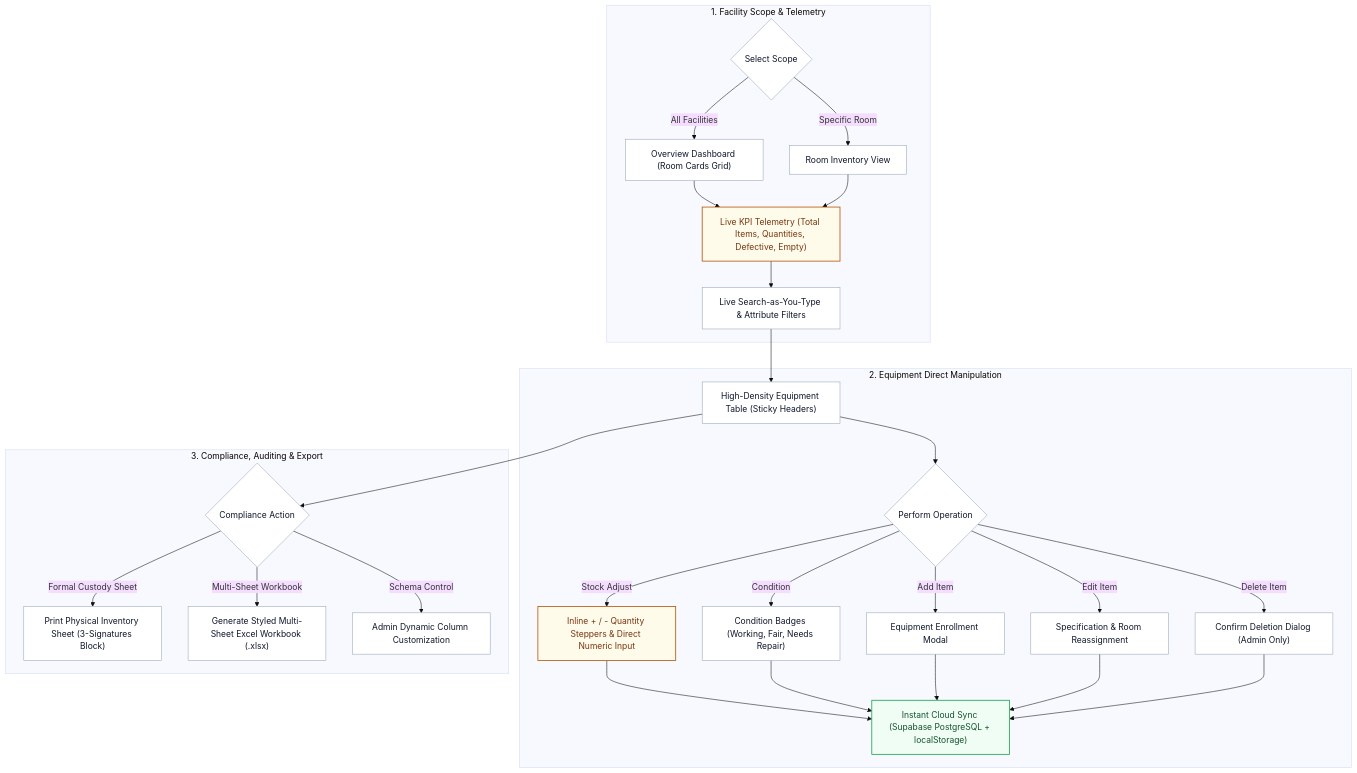
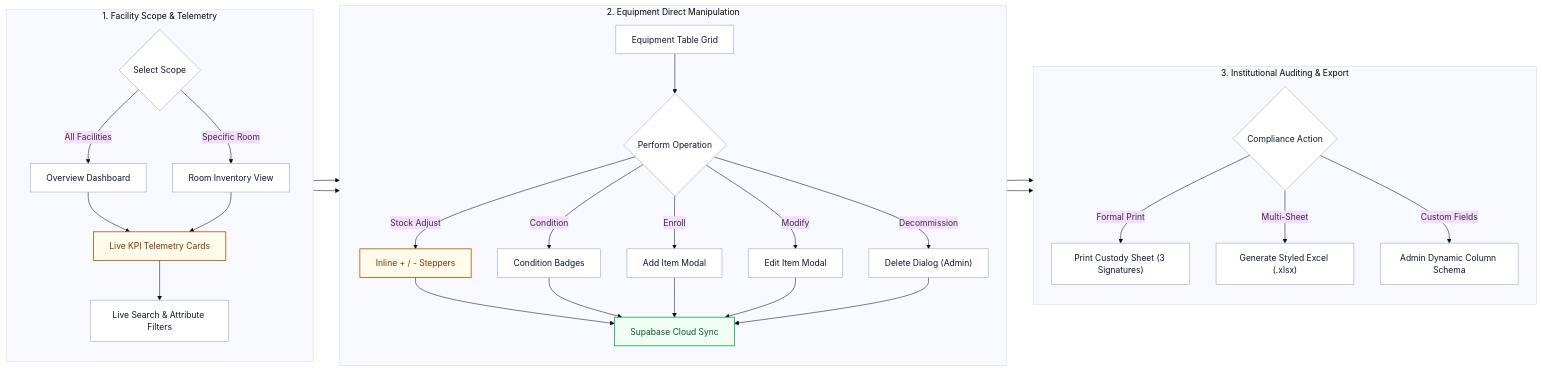
One commit to kai-zze/KM100-Stock changed the fourth of 5 diagrams in docs/APP_FLOWCHART.md. Above: the diagram before and after it, drawn with Mermaid (base theme). The commit also changed other lines of this file and 7 other files, not shown here.

Commit message:
docs: rearrange all flowcharts for landscape bond paper (11x8.5)

````diff
--- a/docs/APP_FLOWCHART.md
+++ b/docs/APP_FLOWCHART.md
@@ -210,44 +224,49 @@
 ```mermaid
-flowchart TD
+flowchart LR
     subgraph Stage1["1. Facility Scope & Telemetry"]
+        direction TB
         Scope{"Select Scope"}
-        Scope -->|All Facilities| MasterOverview["Overview Dashboard (Room Cards Grid)"]
+        Scope -->|All Facilities| MasterOverview["Overview Dashboard"]
         Scope -->|Specific Room| RoomView["Room Inventory View"]
 
-        MasterOverview --> KPICards["Live KPI Telemetry (Total Items, Quantities, Defective, Empty)"]
+        MasterOverview --> KPICards["Live KPI Telemetry Cards"]
         RoomView --> KPICards
-        KPICards --> SearchFilterBar["Live Search-as-You-Type & Attribute Filters"]
+        KPICards --> SearchFilterBar["Live Search & Attribute Filters"]
     end
 
     subgraph Stage2["2. Equipment Direct Manipulation"]
-        SearchFilterBar --> TableGrid["High-Density Equipment Table (Sticky Headers)"]
+        direction TB
+        SearchFilterBar --> TableGrid["Equipment Table Grid"]
         TableGrid --> ActionChoice{"Perform Operation"}
 
-        ActionChoice -->|Stock Adjust| Steppers["Inline + / - Quantity Steppers & Direct Numeric Input"]
-        ActionChoice -->|Condition| StatusPill["Condition Badges (Working, Fair, Needs Repair)"]
-        ActionChoice -->|Add Item| AddModal["Equipment Enrollment Modal"]
-        ActionChoice -->|Edit Item| EditModal["Specification & Room Reassignment"]
-        ActionChoice -->|Delete Item| DeleteModal["Confirm Deletion Dialog (Admin Only)"]
+        ActionChoice -->|Stock Adjust| Steppers["Inline + / - Steppers"]
+        ActionChoice -->|Condition| StatusPill["Condition Badges"]
+        ActionChoice -->|Enroll| AddModal["Add Item Modal"]
+        ActionChoice -->|Modify| EditModal["Edit Item Modal"]
+        ActionChoice -->|Decommission| DeleteModal["Delete Dialog (Admin)"]
 
-        Steppers --> CloudSync["Instant Cloud Sync (Supabase PostgreSQL + localStorage)"]
+        Steppers --> CloudSync["Supabase Cloud Sync"]
         StatusPill --> CloudSync
         AddModal --> CloudSync
         EditModal --> CloudSync
         DeleteModal --> CloudSync
     end
 
-    subgraph Stage3["3. Compliance, Auditing & Export"]
+    subgraph Stage3["3. Institutional Auditing & Export"]
+        direction TB
         TableGrid --> AuditActions{"Compliance Action"}
 
-        AuditActions -->|Formal Custody Sheet| PrintDialog["Print Physical Inventory Sheet (3-Signatures Block)"]
-        AuditActions -->|Multi-Sheet Workbook| ExcelEngine["Generate Styled Multi-Sheet Excel Workbook (.xlsx)"]
-        AuditActions -->|Schema Control| SchemaModal["Admin Dynamic Column Customization"]
+        AuditActions -->|Formal Print| PrintDialog["Print Custody Sheet (3 Signatures)"]
+        AuditActions -->|Multi-Sheet| ExcelEngine["Generate Styled Excel (.xlsx)"]
+        AuditActions -->|Custom Fields| SchemaModal["Admin Dynamic Column Schema"]
     end
+
+    Stage1 --> Stage2 --> Stage3
 
     classDef default fill:#ffffff,stroke:#94a3b8,stroke-width:1px,color:#0f172a;
     classDef amber fill:#fffbeb,stroke:#b45309,stroke-width:1.5px,color:#78350f;
     classDef emerald fill:#f0fdf4,stroke:#16a34a,stroke-width:1.5px,color:#14532d;
 
     class Steppers,KPICards amber;
     class CloudSync emerald;
 ```
````
